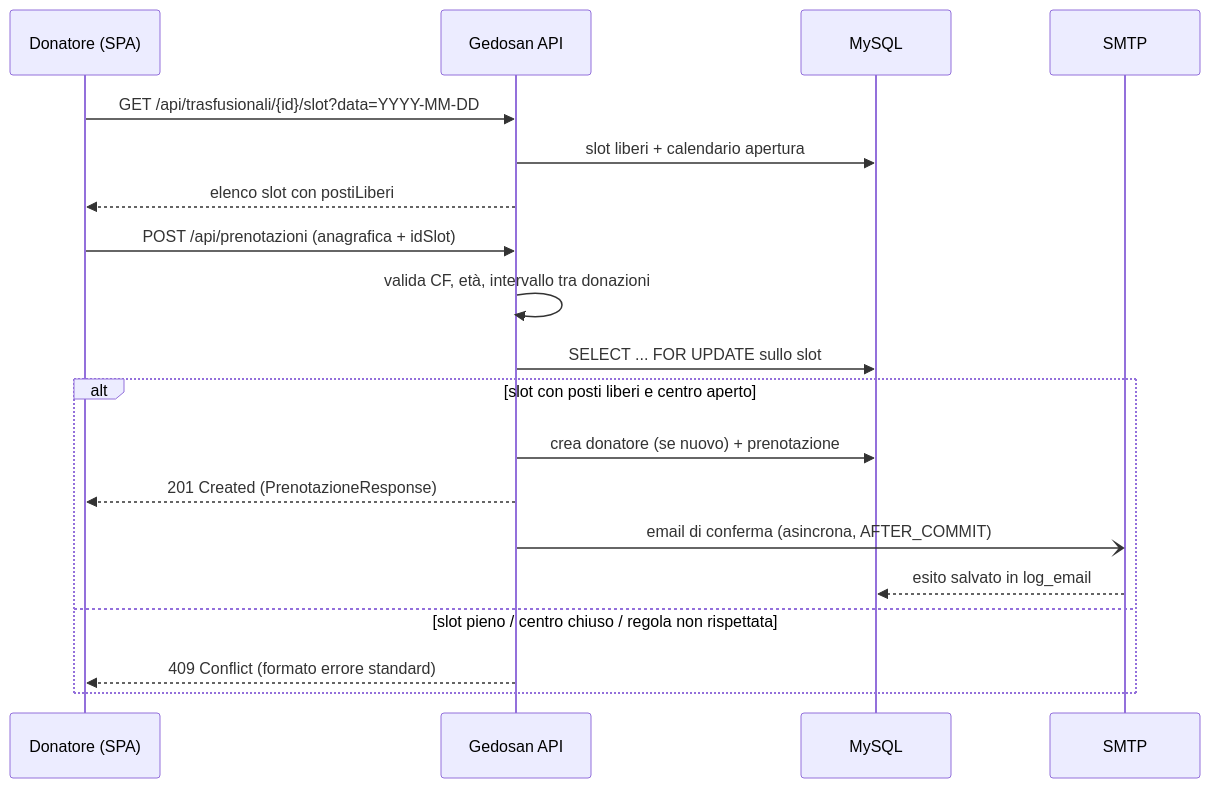
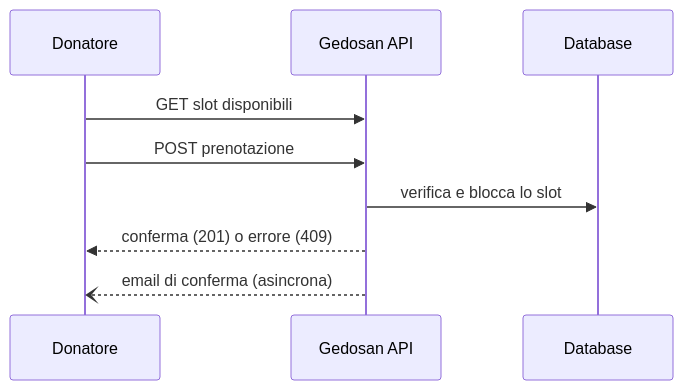
The first of 2 diagrams in README.md (Vasile-Projects/Gedosan-API), drawn with Mermaid before and after one commit. The commit also changed other lines of this file, not shown here.

````diff
--- a/README.md
+++ b/README.md
@@ -72,23 +52,12 @@
 ```mermaid
 sequenceDiagram
-    participant D as Donatore (SPA)
+    participant D as Donatore
     participant API as Gedosan API
-    participant DB as MySQL
-    participant SMTP
+    participant DB as Database
 
-    D->>API: GET /api/trasfusionali/{id}/slot?data=YYYY-MM-DD
-    API->>DB: slot liberi + calendario apertura
-    API-->>D: elenco slot con postiLiberi
-
-    D->>API: POST /api/prenotazioni (anagrafica + idSlot)
-    API->>API: valida CF, età, intervallo tra donazioni
-    API->>DB: SELECT ... FOR UPDATE sullo slot
-    alt slot con posti liberi e centro aperto
-        API->>DB: crea donatore (se nuovo) + prenotazione
-        API-->>D: 201 Created (PrenotazioneResponse)
-        API-)SMTP: email di conferma (asincrona, AFTER_COMMIT)
-        SMTP-->>DB: esito salvato in log_email
-    else slot pieno / centro chiuso / regola non rispettata
-        API-->>D: 409 Conflict (formato errore standard)
-    end
+    D->>API: GET slot disponibili
+    D->>API: POST prenotazione
+    API->>DB: verifica e blocca lo slot
+    API-->>D: conferma (201) o errore (409)
+    API--)D: email di conferma (asincrona)
 ```
````
